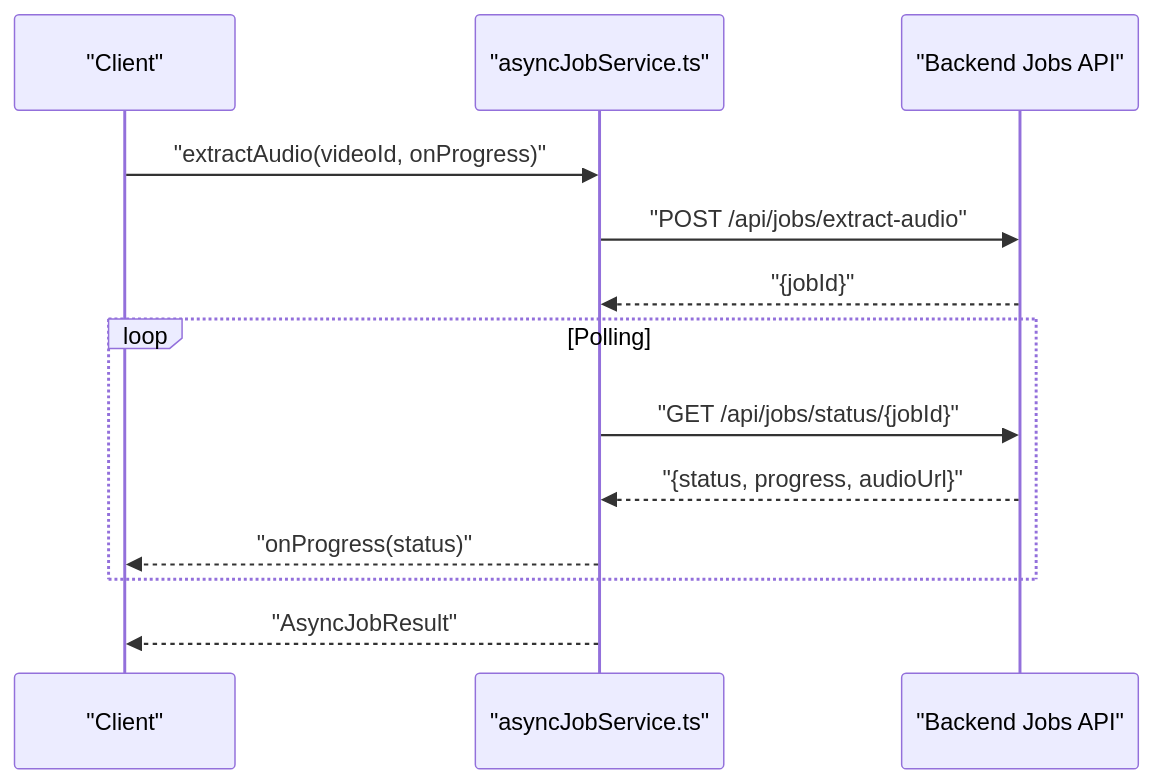
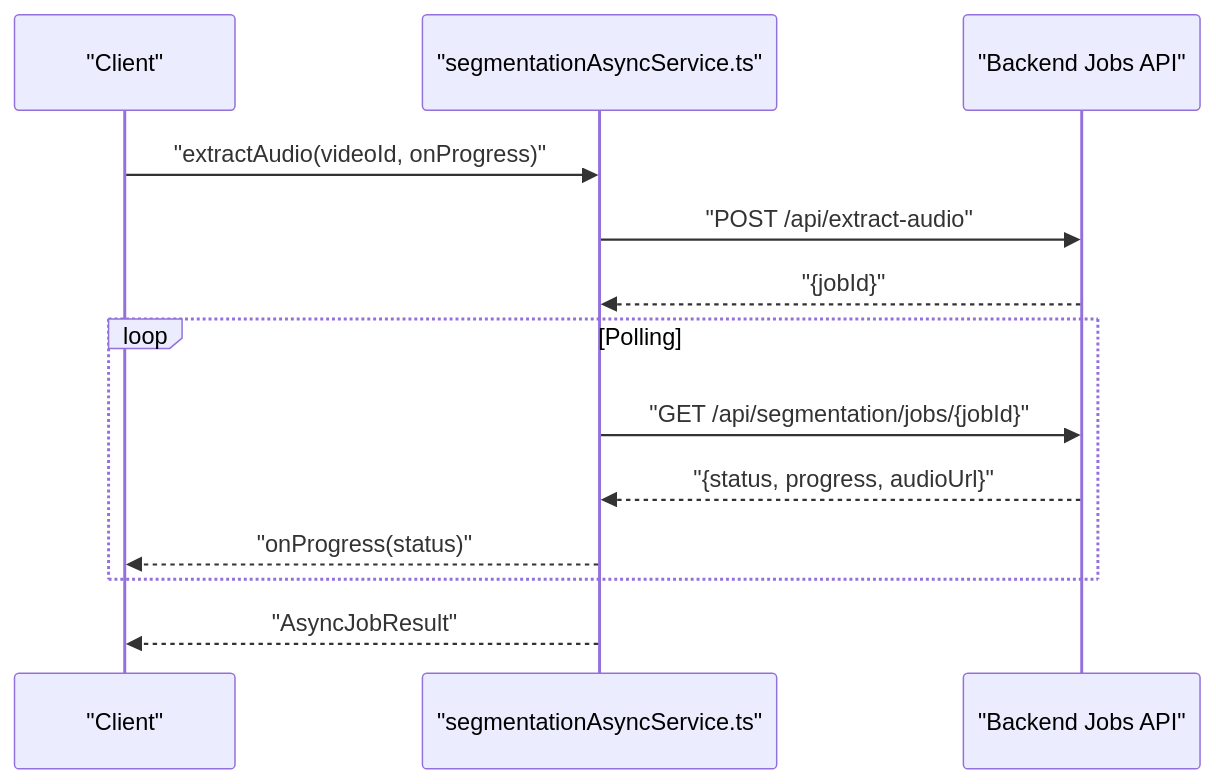
Before and after one commit to ptnghia-j/ChordMiniApp: the sixth of 11 diagrams in .qoder/repowiki/en/content/Frontend Application/API Integration and Service Layer/API Integration and Service Layer.md, drawn with Mermaid. The commit also changed other lines of this file and 60 other files, not shown here.

````diff
--- a/.qoder/repowiki/en/content/Frontend Application/API Integration and Service Layer/API Integration and Service Layer.md
+++ b/.qoder/repowiki/en/content/Frontend Application/API Integration and Service Layer/API Integration and Service Layer.md
@@ -252,15 +252,15 @@
 ```mermaid
 sequenceDiagram
 participant Client as "Client"
-participant AJS as "asyncJobService.ts"
+participant AJS as "segmentationAsyncService.ts"
 participant BE as "Backend Jobs API"
 Client->>AJS : "extractAudio(videoId, onProgress)"
-AJS->>BE : "POST /api/jobs/extract-audio"
+AJS->>BE : "POST /api/extract-audio"
 BE-->>AJS : "{jobId}"
 loop Polling
-AJS->>BE : "GET /api/jobs/status/{jobId}"
+AJS->>BE : "GET /api/segmentation/jobs/{jobId}"
 BE-->>AJS : "{status, progress, audioUrl}"
 AJS-->>Client : "onProgress(status)"
 end
 AJS-->>Client : "AsyncJobResult"
 ```
````
